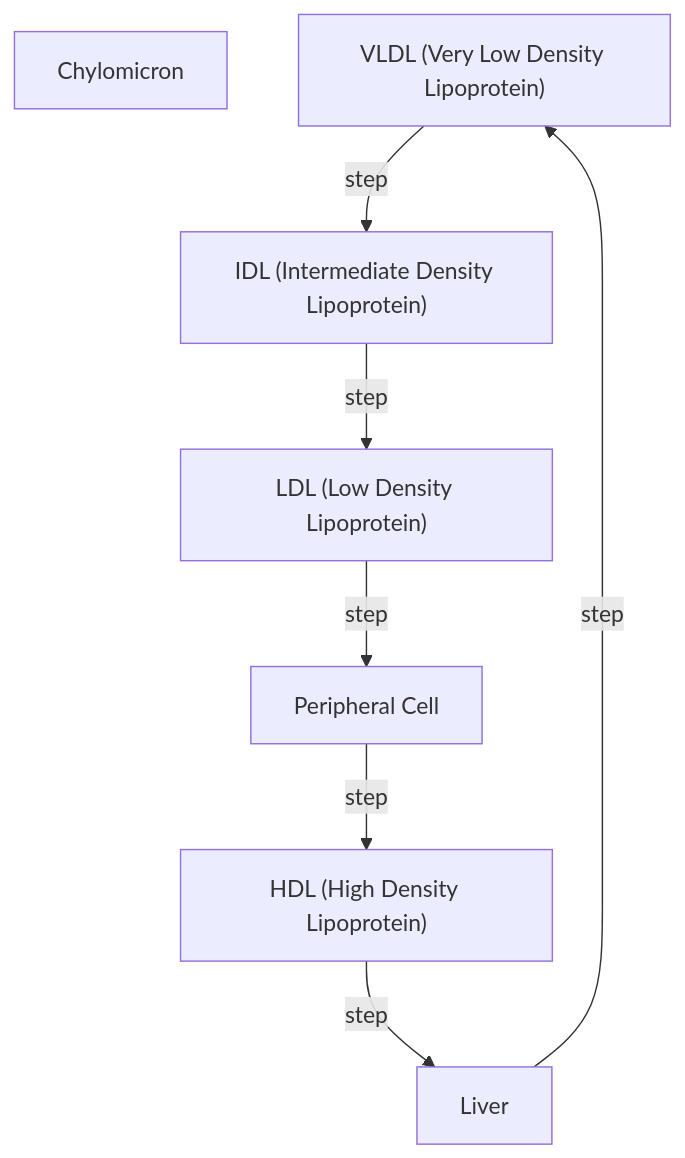
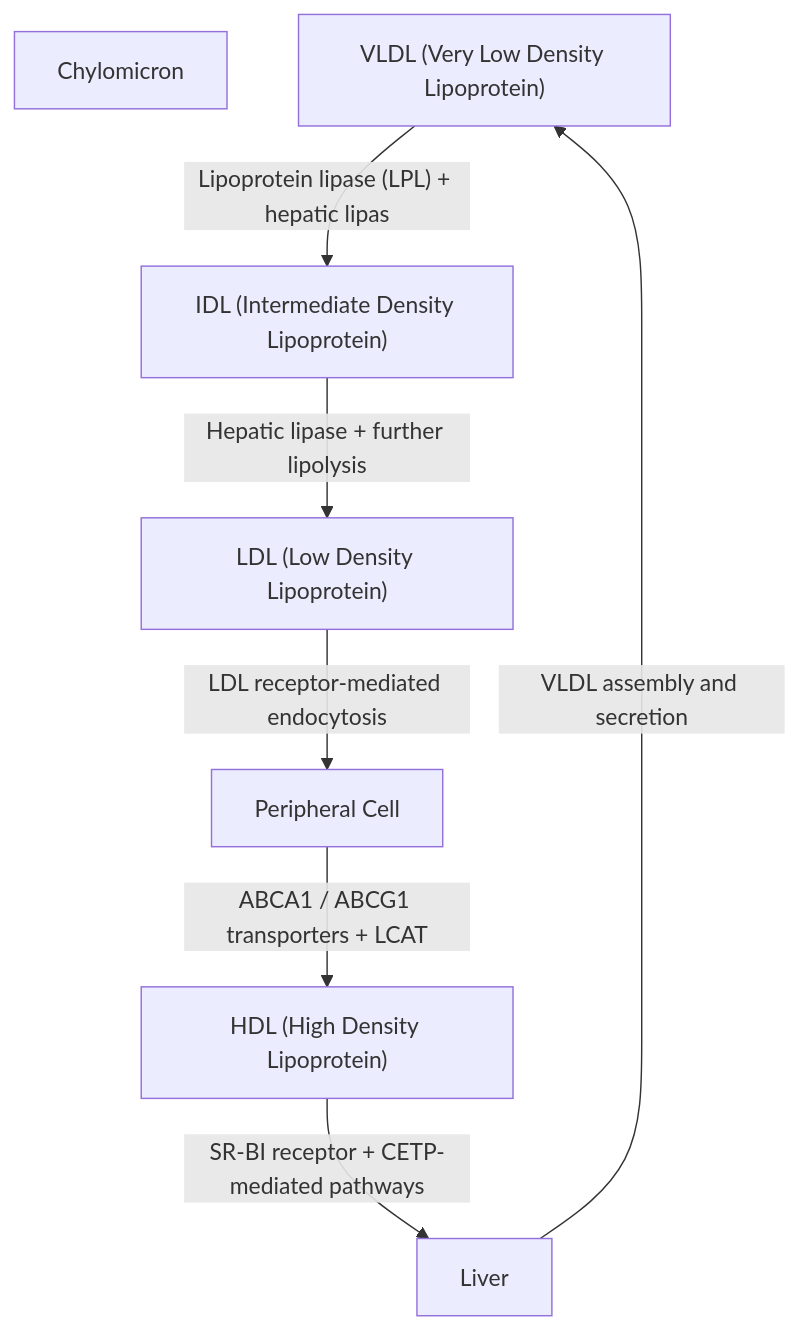
The diagram in src/biology_as_code/pathways/packs/lipoprotein_transport/pathway.mermaid (murffious/biology_as_code), drawn with Mermaid before and after one commit. The commit also changed 23 other files, not shown here.

Commit message:
refactor: standardize metabolic cofactor sign conventions, update pathway diagrams, and consolidate type definitions.

```diff
--- a/src/biology_as_code/pathways/packs/lipoprotein_transport/pathway.mermaid
+++ b/src/biology_as_code/pathways/packs/lipoprotein_transport/pathway.mermaid
@@ -1,16 +1,16 @@
 flowchart TD
   %% Auto-generated from registry pathway: lipoprotein_transport
   %% Do not hand-edit; re-run scripts/export_pathway_packs.py
   chylomicron["Chylomicron"]
   vldl["VLDL (Very Low Density Lipoprotein)"]
   idl["IDL (Intermediate Density Lipoprotein)"]
   ldl["LDL (Low Density Lipoprotein)"]
   hdl["HDL (High Density Lipoprotein)"]
   peripheral_cell["Peripheral Cell"]
   liver["Liver"]
-  liver -->|"step"| vldl
-  vldl -->|"step"| idl
-  idl -->|"step"| ldl
-  ldl -->|"step"| peripheral_cell
-  peripheral_cell -->|"step"| hdl
-  hdl -->|"step"| liver
+  liver -->|"VLDL assembly and secretion"| vldl
+  vldl -->|"Lipoprotein lipase (LPL) + hepatic lipas"| idl
+  idl -->|"Hepatic lipase + further lipolysis"| ldl
+  ldl -->|"LDL receptor-mediated endocytosis"| peripheral_cell
+  peripheral_cell -->|"ABCA1 / ABCG1 transporters + LCAT"| hdl
+  hdl -->|"SR-BI receptor + CETP-mediated pathways"| liver
```
